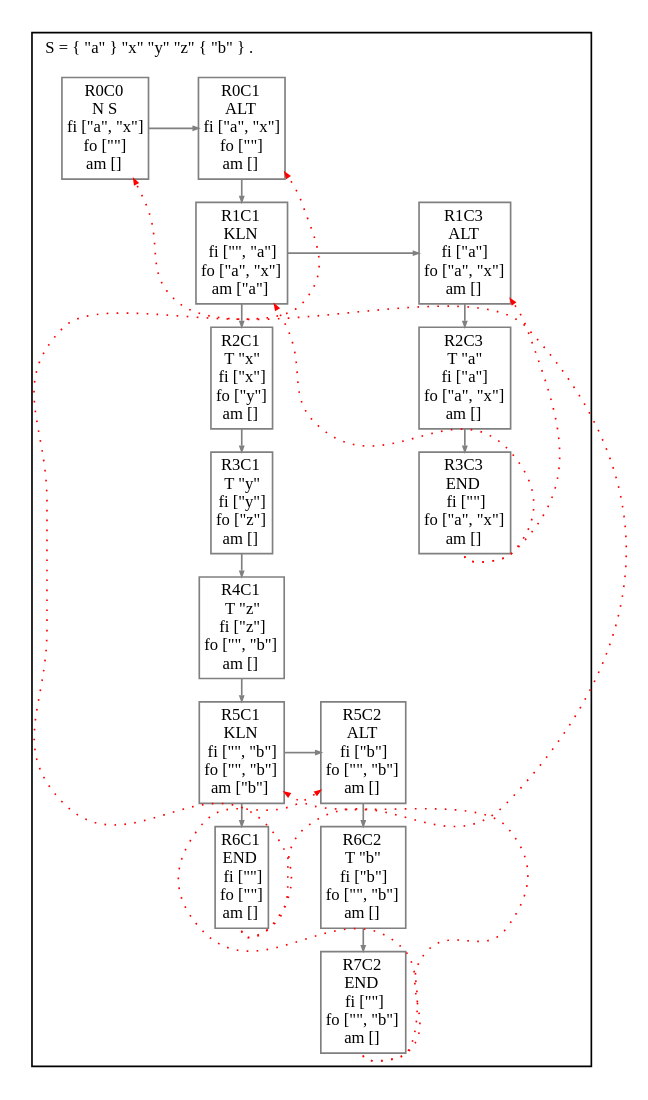
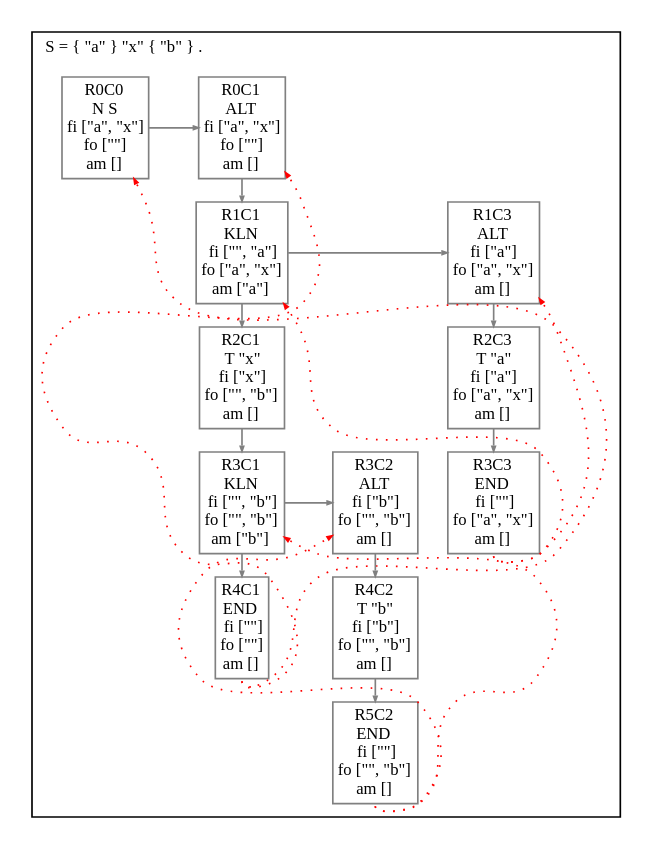
Before and after one commit to JanWillemBrands/AoC2021: the diagram in ART.gv, drawn with Graphviz. The commit also changed 22 other files, not shown here.

Commit message:
Duplicated all functions to use the ART grammar node design.  Commented out all previous code. Restructured GenerateParser and GenerateDiagrams as seperate classes to reduce global variables.

```diff
--- a/ART.gv
+++ b/ART.gv
@@ -1,83 +1,66 @@
 digraph G {
   fontname = Menlo
   fontsize = 10
   node [fontname = Menlo, fontsize = 10, color = gray, height = 0, width = 0, margin= 0.04]
   edge [fontname = Menlo, fontsize = 10, color = gray, arrowsize = 0.3]
   graph [ordering = out, ranksep = 0.2]
   rankdir = "TB"
   subgraph clusterS {
     node [shape = box]
-    label = <S = { "a" } "x" "y" "z" { "b" } .>
+    label = <S = { "a" } "x" { "b" } .>
     labeljust = l
     R0C0 [label = <R0C0<br/>N S<br/>fi ["a", "x"]<br/>fo [""]<br/>am []>]
     R0C1 [label = <R0C1<br/>ALT <br/>fi ["a", "x"]<br/>fo [""]<br/>am []>]
     R1C1 [label = <R1C1<br/>KLN <br/>fi ["", "a"]<br/>fo ["a", "x"]<br/>am ["a"]>]
-    R2C1 [label = <R2C1<br/>T "x"<br/>fi ["x"]<br/>fo ["y"]<br/>am []>]
-    R3C1 [label = <R3C1<br/>T "y"<br/>fi ["y"]<br/>fo ["z"]<br/>am []>]
-    R4C1 [label = <R4C1<br/>T "z"<br/>fi ["z"]<br/>fo ["", "b"]<br/>am []>]
-    R5C1 [label = <R5C1<br/>KLN <br/>fi ["", "b"]<br/>fo ["", "b"]<br/>am ["b"]>]
-    R6C1 [label = <R6C1<br/>END <br/>fi [""]<br/>fo [""]<br/>am []>]
-    R5C1:s -> R6C1 [weight=100000000]
-    R5C2 [label = <R5C2<br/>ALT <br/>fi ["b"]<br/>fo ["", "b"]<br/>am []>]
-    R6C2 [label = <R6C2<br/>T "b"<br/>fi ["b"]<br/>fo ["", "b"]<br/>am []>]
-    R7C2 [label = <R7C2<br/>END <br/>fi [""]<br/>fo ["", "b"]<br/>am []>]
-    R6C2:s -> R7C2 [weight=100000000]
-    R5C2:s -> R6C2 [weight=100000000]
-    rank = same {R5C1 -> R5C2}
-    R4C1:s -> R5C1 [weight=100000000]
+    R2C1 [label = <R2C1<br/>T "x"<br/>fi ["x"]<br/>fo ["", "b"]<br/>am []>]
+    R3C1 [label = <R3C1<br/>KLN <br/>fi ["", "b"]<br/>fo ["", "b"]<br/>am ["b"]>]
+    R4C1 [label = <R4C1<br/>END <br/>fi [""]<br/>fo [""]<br/>am []>]
     R3C1:s -> R4C1 [weight=100000000]
+    R3C2 [label = <R3C2<br/>ALT <br/>fi ["b"]<br/>fo ["", "b"]<br/>am []>]
+    R4C2 [label = <R4C2<br/>T "b"<br/>fi ["b"]<br/>fo ["", "b"]<br/>am []>]
+    R5C2 [label = <R5C2<br/>END <br/>fi [""]<br/>fo ["", "b"]<br/>am []>]
+    R4C2:s -> R5C2 [weight=100000000]
+    R3C2:s -> R4C2 [weight=100000000]
+    rank = same {R3C1 -> R3C2}
     R2C1:s -> R3C1 [weight=100000000]
     R1C1:s -> R2C1 [weight=100000000]
     R1C3 [label = <R1C3<br/>ALT <br/>fi ["a"]<br/>fo ["a", "x"]<br/>am []>]
     R2C3 [label = <R2C3<br/>T "a"<br/>fi ["a"]<br/>fo ["a", "x"]<br/>am []>]
     R3C3 [label = <R3C3<br/>END <br/>fi [""]<br/>fo ["a", "x"]<br/>am []>]
     R2C3:s -> R3C3 [weight=100000000]
     R1C3:s -> R2C3 [weight=100000000]
     rank = same {R1C1 -> R1C3}
     R0C1:s -> R1C1 [weight=100000000]
     rank = same {R0C0 -> R0C1}
     node [style = invis]
     edge [style = invis]
     rank = same {R0C1 -> R0C2}
     rank = same {R0C2 -> R0C3}
     R0C0 -> R1C0 [weight=100000000]
     rank = same {R1C0 -> R1C1}
     R0C3 -> R1C3 [weight=100000000]
     R1C0 -> R2C0 [weight=100000000]
     rank = same {R2C0 -> R2C1}
     rank = same {R2C1 -> R2C2}
     rank = same {R2C2 -> R2C3}
     R2C0 -> R3C0 [weight=100000000]
     rank = same {R3C0 -> R3C1}
     R2C2 -> R3C2 [weight=100000000]
-    rank = same {R3C1 -> R3C2}
-    rank = same {R3C2 -> R3C3}
     R3C0 -> R4C0 [weight=100000000]
     rank = same {R4C0 -> R4C1}
-    R3C2 -> R4C2 [weight=100000000]
-    rank = same {R4C1 -> R4C2}
     R3C3 -> R4C3 [weight=100000000]
     rank = same {R4C2 -> R4C3}
     R4C0 -> R5C0 [weight=100000000]
+    R4C1 -> R5C1 [weight=100000000]
     rank = same {R5C0 -> R5C1}
-    R4C2 -> R5C2 [weight=100000000]
+    rank = same {R5C1 -> R5C2}
     R4C3 -> R5C3 [weight=100000000]
     rank = same {R5C2 -> R5C3}
-    R5C0 -> R6C0 [weight=100000000]
-    rank = same {R6C0 -> R6C1}
-    R5C3 -> R6C3 [weight=100000000]
-    rank = same {R6C2 -> R6C3}
-    R6C0 -> R7C0 [weight=100000000]
-    R6C1 -> R7C1 [weight=100000000]
-    rank = same {R7C0 -> R7C1}
-    rank = same {R7C1 -> R7C2}
-    R6C3 -> R7C3 [weight=100000000]
-    rank = same {R7C2 -> R7C3}
   }
-  R6C1:s -> R0C0 [style = dotted, color = red, constraint = false]
-  R6C1:s -> R0C1 [style = dotted, color = red, constraint = false]
-  R7C2:s -> R5C1 [style = dotted, color = red, constraint = false]
-  R7C2:s -> R5C2 [style = dotted, color = red, constraint = false]
+  R4C1:s -> R0C0 [style = dotted, color = red, constraint = false]
+  R4C1:s -> R0C1 [style = dotted, color = red, constraint = false]
+  R5C2:s -> R3C1 [style = dotted, color = red, constraint = false]
+  R5C2:s -> R3C2 [style = dotted, color = red, constraint = false]
   R3C3:s -> R1C1 [style = dotted, color = red, constraint = false]
   R3C3:s -> R1C3 [style = dotted, color = red, constraint = false]
 }
```
